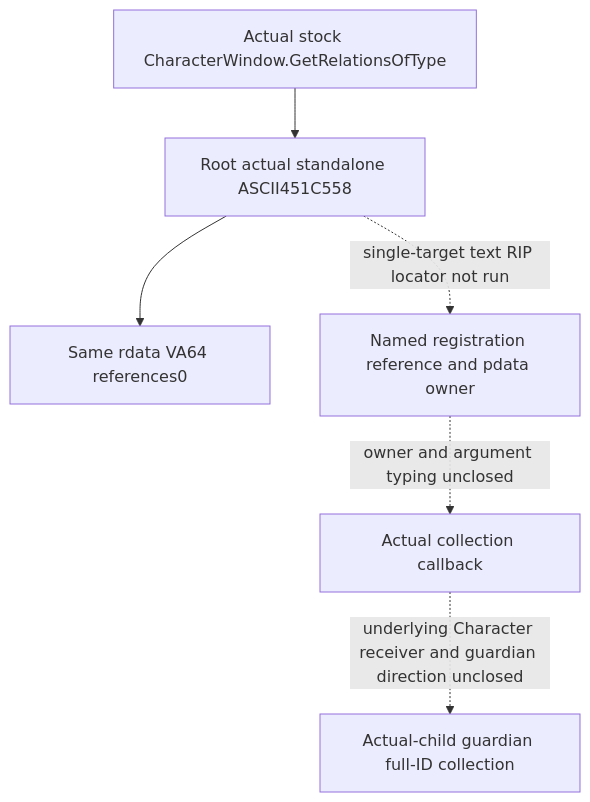
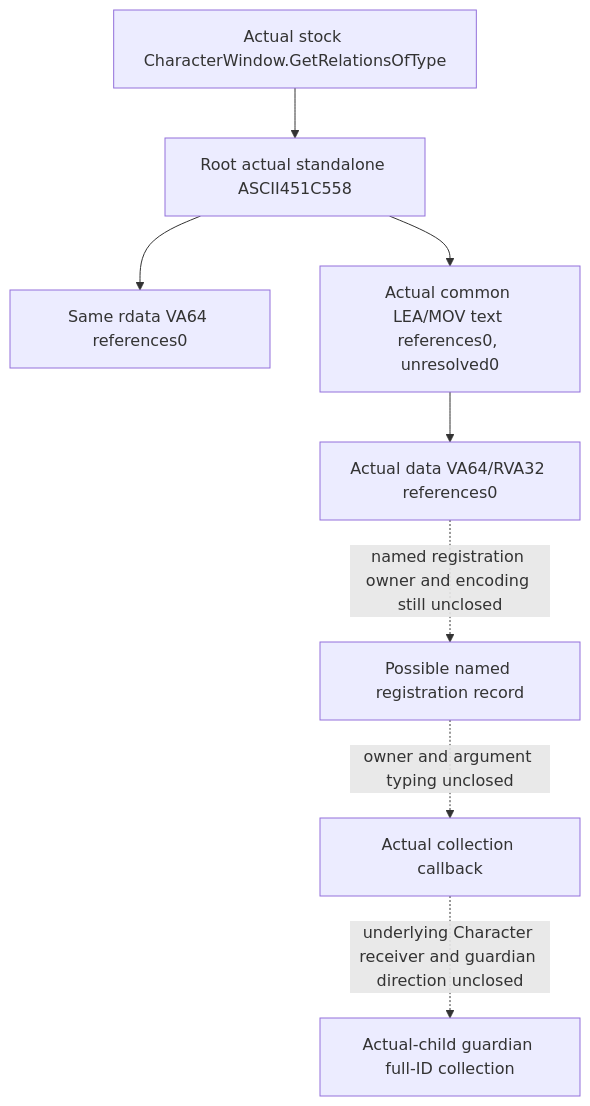
The second of 2 diagrams in docs/ck3-native-ai/guardian-relation-character-binding-12004.md (XenoAmess/ck3_eternal_recurrence), drawn with Mermaid before and after one commit. The commit also changed other lines of this file, not shown here.

Commit message:
Close the exact guardian collection reference frontier

````diff
--- a/docs/ck3-native-ai/guardian-relation-character-binding-12004.md
+++ b/docs/ck3-native-ai/guardian-relation-character-binding-12004.md
@@ -100,8 +134,10 @@
 ```mermaid
 flowchart TD
   S[Actual stock CharacterWindow.GetRelationsOfType] --> L[Root actual standalone ASCII451C558]
   L --> Z[Same rdata VA64 references0]
-  L -. single-target text RIP locator not run .-> R[Named registration reference and pdata owner]
+  L --> N[Actual common LEA/MOV text references0, unresolved0]
+  N --> D0[Actual data VA64/RVA32 references0]
+  D0 -. named registration owner and encoding still unclosed .-> R[Possible named registration record]
   R -. owner and argument typing unclosed .-> C[Actual collection callback]
   C -. underlying Character receiver and guardian direction unclosed .-> I[Actual-child guardian full-ID collection]
 ```
````
